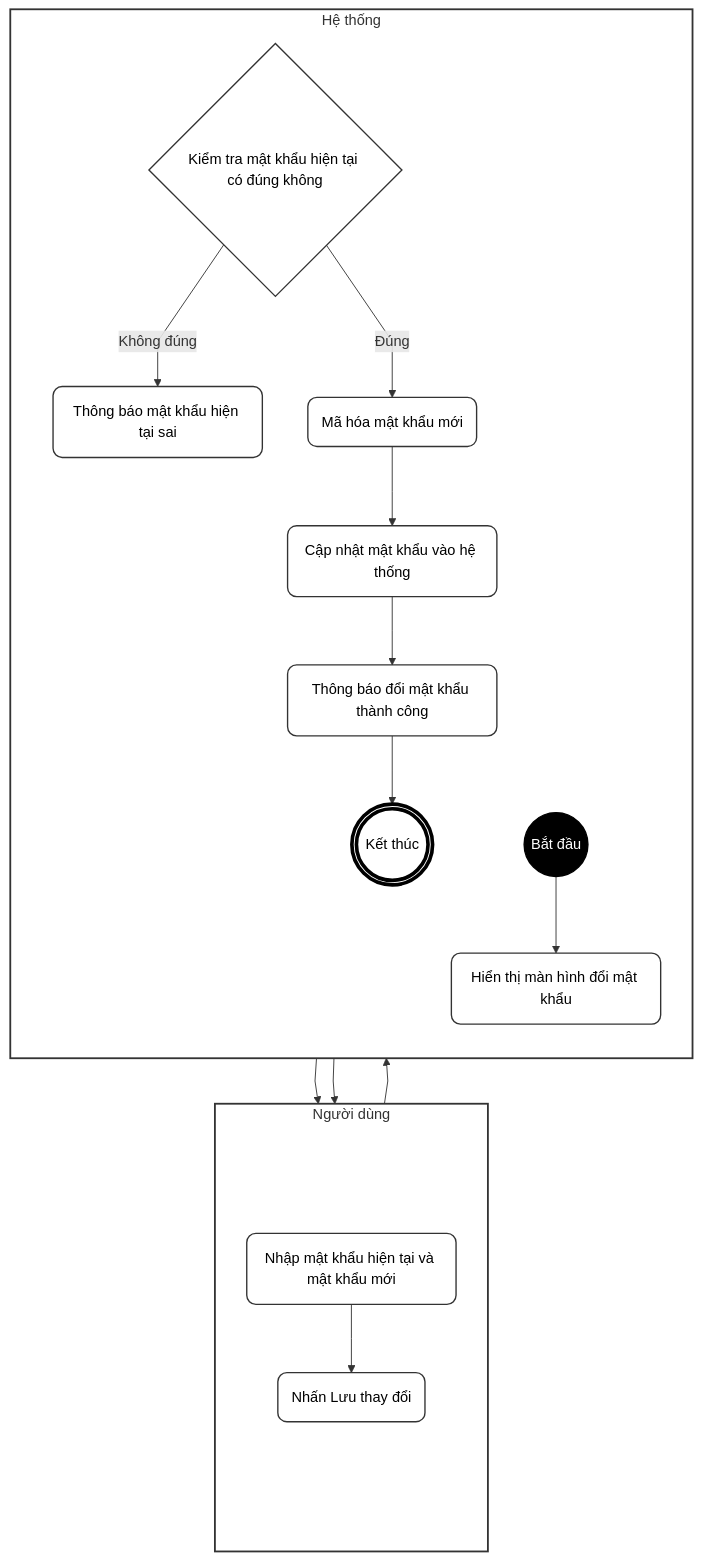
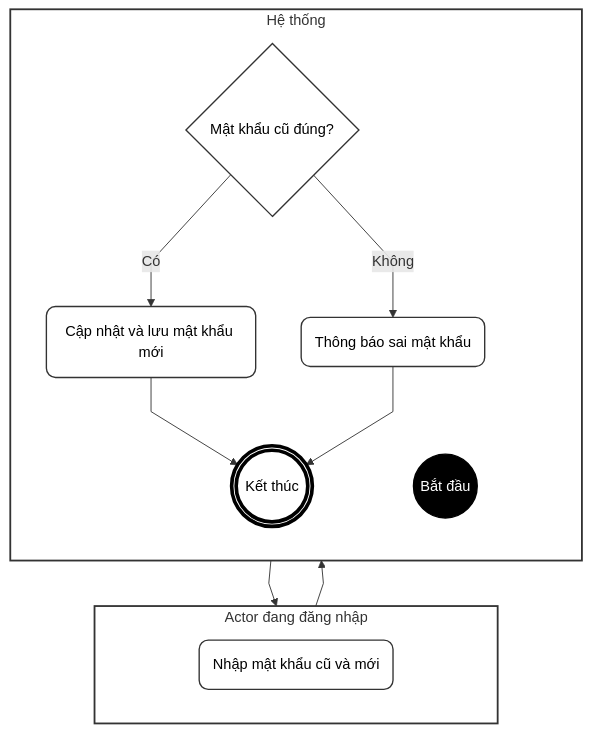
One commit to ChuDucAnh21/BE-quan-ly-su-kien changed the fifth of 8 diagrams in doc/system_analysis/activity diagram/08a_activity_auth_profile.md. Above: the diagram before and after it, drawn with Mermaid. The commit also changed other lines of this file and 14 other files, not shown here.

````diff
--- a/doc/system_analysis/activity diagram/08a_activity_auth_profile.md
+++ b/doc/system_analysis/activity diagram/08a_activity_auth_profile.md
@@ -319,54 +202,38 @@
 ```mermaid
 %%{init: {"flowchart": {"curve": "linear"}}}%%
 flowchart TD
     classDef default fill:#fff,stroke:#333,stroke-width:1.5px,color:#000,rx:10px,ry:10px;
     classDef startNode fill:#000,stroke:#000,color:#fff;
     classDef endNode fill:#fff,stroke:#000,stroke-width:4px,color:#000;
     classDef hidden fill:none,stroke:none,color:none;
 
-    subgraph TacNhan [Người dùng]
+    subgraph Actor [Actor đang đăng nhập]
         direction TB
         T_start(" "):::hidden
-        A(Nhập mật khẩu hiện tại và mật khẩu mới)
-        B(Nhấn Lưu thay đổi)
+        A(Nhập mật khẩu cũ và mới)
         T_end(" "):::hidden
     end
 
-    subgraph HeThong [Hệ thống]
+    subgraph System [Hệ thống]
         direction TB
         H_start(" "):::hidden
         Start((Bắt đầu)):::startNode
-        C(Hiển thị màn hình đổi mật khẩu)
-        D{Kiểm tra mật khẩu hiện tại có đúng không}
-        E(Thông báo mật khẩu hiện tại sai)
-        F(Mã hóa mật khẩu mới)
-        G(Cập nhật mật khẩu vào hệ thống)
-        H(Thông báo đổi mật khẩu thành công)
+        B{Mật khẩu cũ đúng?}
+        C(Thông báo sai mật khẩu)
+        D(Cập nhật và lưu mật khẩu mới)
         End(((Kết thúc))):::endNode
         H_end(" "):::hidden
     end
 
     T_start ~~~ H_start
     T_end ~~~ H_end
+    Start --> A
+    A --> B
+    B -- Không --> C
+    B -- Có --> D
+    D --> End
+    C --> End
 
-    T_start ~~~ A
-    B ~~~ T_end
-
-    H_start ~~~ Start
-    End ~~~ H_end
-
-    Start --> C
-    C --> A
-    A --> B
-    B --> D
-    D -- Không đúng --> E
-    E --> A
-
-    D -- Đúng --> F
-    F --> G
-    G --> H
-    H --> End
-
-    style TacNhan fill:#fff,stroke:#333,stroke-width:2px
-    style HeThong fill:#fff,stroke:#333,stroke-width:2px
+    style Actor fill:#fff,stroke:#333,stroke-width:2px
+    style System fill:#fff,stroke:#333,stroke-width:2px
 ```
````
